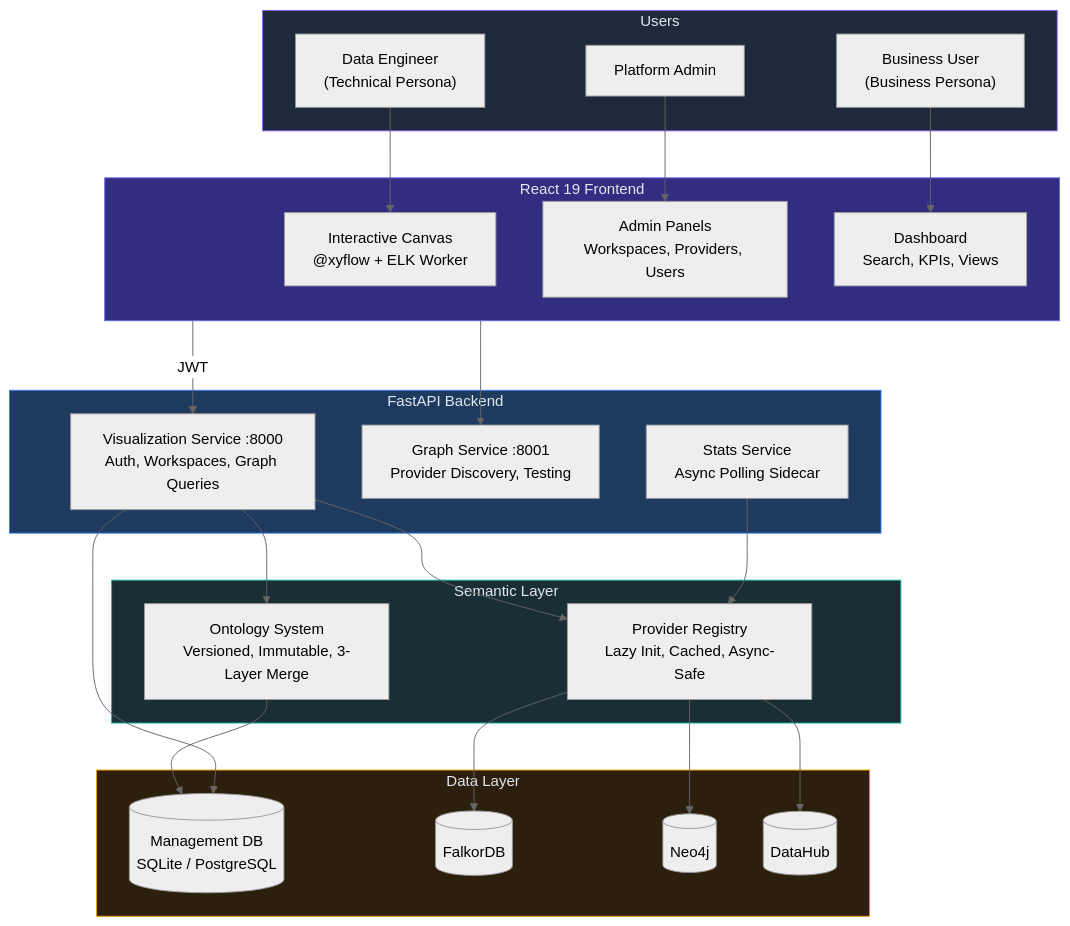
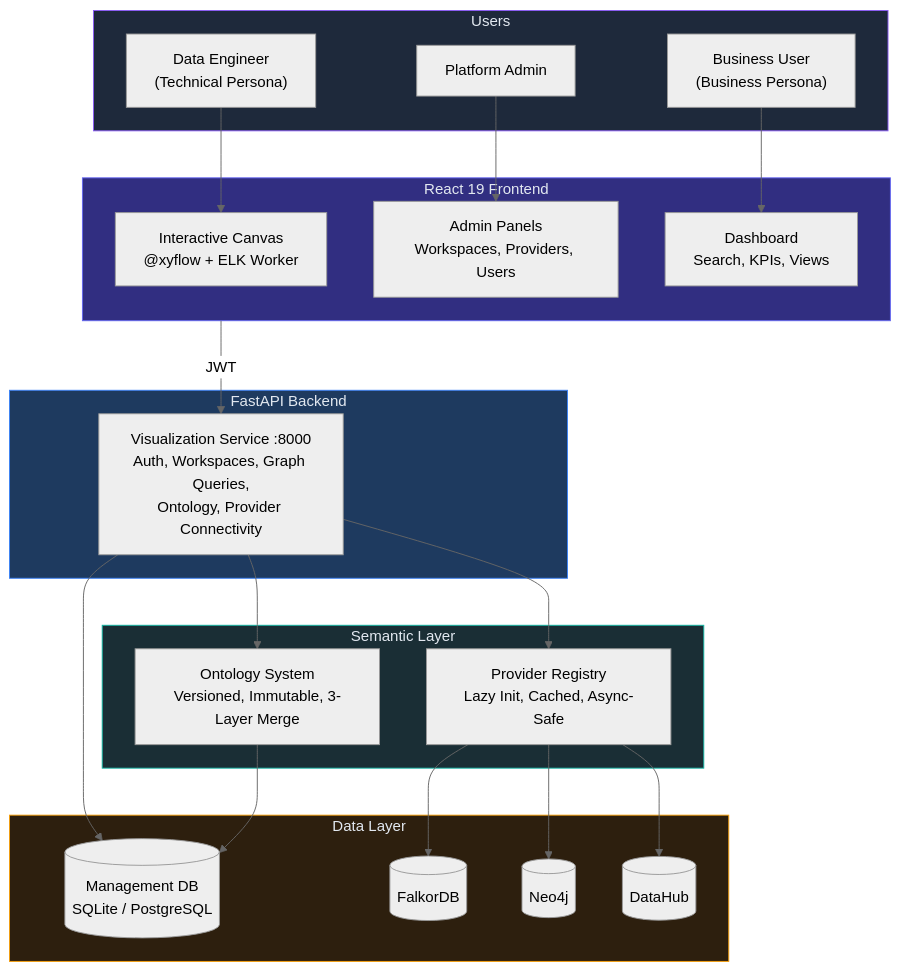
Before and after one commit to rkrumins/dataviz: the eighth of 10 diagrams in docs/OVERVIEW.md, drawn with Mermaid (neutral theme). The commit also changed other lines of this file and 14 other files, not shown here.

````diff
--- a/docs/OVERVIEW.md
+++ b/docs/OVERVIEW.md
@@ -335,55 +335,51 @@
 ```mermaid
 graph TB
     subgraph Users["Users"]
         BU["Business User<br/>(Business Persona)"]
         DE["Data Engineer<br/>(Technical Persona)"]
         PA["Platform Admin"]
     end
 
     subgraph Frontend["React 19 Frontend"]
         Canvas["Interactive Canvas<br/>@xyflow + ELK Worker"]
         Admin["Admin Panels<br/>Workspaces, Providers, Users"]
         Dashboard["Dashboard<br/>Search, KPIs, Views"]
     end
 
     subgraph Backend["FastAPI Backend"]
-        VizSvc["Visualization Service :8000<br/>Auth, Workspaces, Graph Queries"]
-        GraphSvc["Graph Service :8001<br/>Provider Discovery, Testing"]
-        StatsSvc["Stats Service<br/>Async Polling Sidecar"]
+        VizSvc["Visualization Service :8000<br/>Auth, Workspaces, Graph Queries,<br/>Ontology, Provider Connectivity"]
     end
 
     subgraph Semantic["Semantic Layer"]
         Ontology["Ontology System<br/>Versioned, Immutable, 3-Layer Merge"]
         Registry["Provider Registry<br/>Lazy Init, Cached, Async-Safe"]
     end
 
     subgraph Data["Data Layer"]
         MgmtDB[(Management DB<br/>SQLite / PostgreSQL)]
         FDB[(FalkorDB)]
         Neo[(Neo4j)]
         DH[(DataHub)]
     end
 
     BU --> Dashboard
     DE --> Canvas
     PA --> Admin
 
     Frontend -->|JWT| VizSvc
-    Frontend --> GraphSvc
 
     VizSvc --> Ontology
     VizSvc --> Registry
-    StatsSvc --> Registry
 
     Registry --> FDB
     Registry --> Neo
     Registry --> DH
     Ontology --> MgmtDB
     VizSvc --> MgmtDB
 
     style Users fill:#1e293b,stroke:#8b5cf6,color:#e2e8f0
     style Frontend fill:#312e81,stroke:#6366f1,color:#e2e8f0
     style Backend fill:#1e3a5f,stroke:#3b82f6,color:#e2e8f0
     style Semantic fill:#1a2e35,stroke:#14b8a6,color:#e2e8f0
     style Data fill:#2d1f0e,stroke:#f59e0b,color:#e2e8f0
 ```
````
